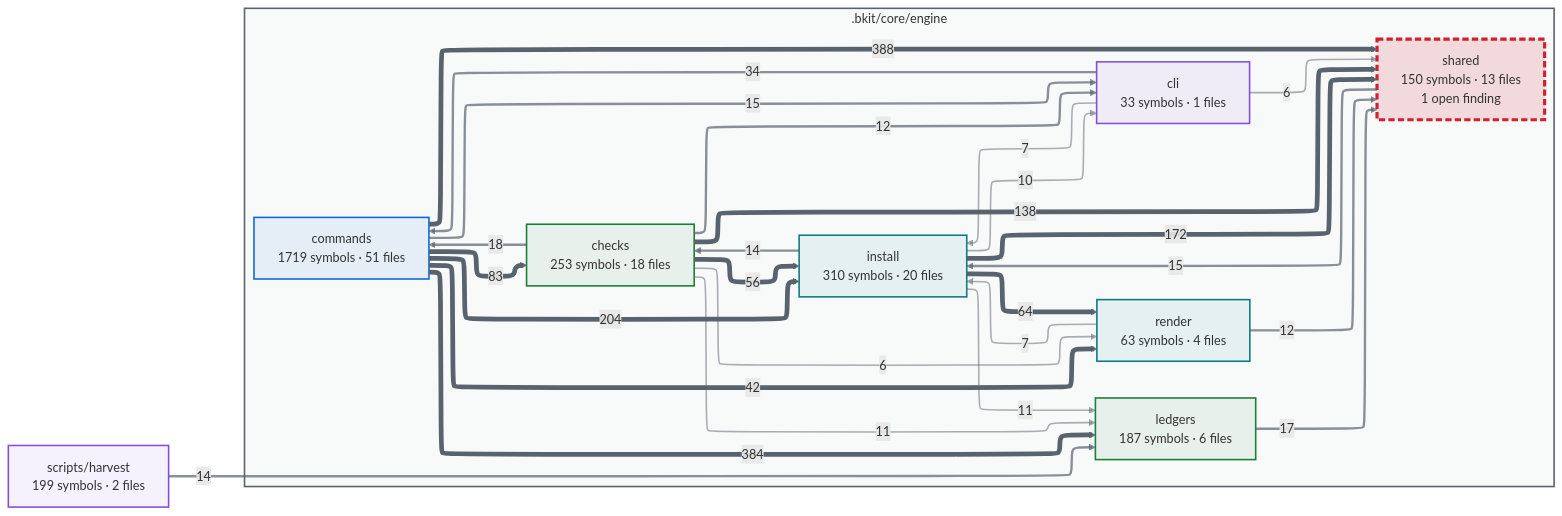
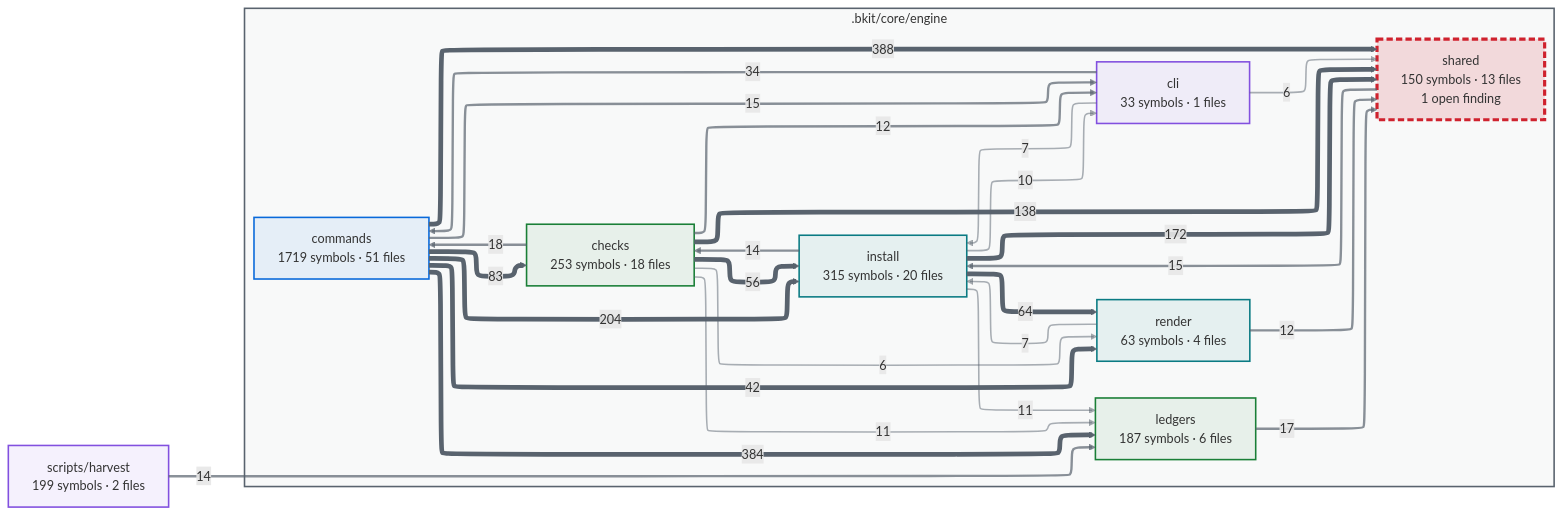
Before and after one commit to cbartens/bkit: the first of 2 diagrams in docs/capabilities.md, drawn with Mermaid. The commit also changed other lines of this file and 10 other files, not shown here.

````diff
--- a/docs/capabilities.md
+++ b/docs/capabilities.md
@@ -154,80 +154,80 @@
 ```mermaid
 ---
 config:
   layout: elk
   themeCSS: "marker { overflow: visible; } marker path { transform: scale(1.8); transform-origin: 5px 5px; }"
   flowchart:
     useMaxWidth: false
 ---
 flowchart LR
   %% Generated by bkit-graphify-rollup.py — do not edit
   subgraph gn_bkit_core_engine[".bkit/core/engine"]
     n_bkit_core_engine_checks["checks<br/>253 symbols · 18 files"]
     n_bkit_core_engine_cli["cli<br/>33 symbols · 1 files"]
     n_bkit_core_engine_commands["commands<br/>1719 symbols · 51 files"]
-    n_bkit_core_engine_install["install<br/>310 symbols · 20 files"]
+    n_bkit_core_engine_install["install<br/>315 symbols · 20 files"]
     n_bkit_core_engine_ledgers["ledgers<br/>187 symbols · 6 files"]
     n_bkit_core_engine_render["render<br/>63 symbols · 4 files"]
     n_bkit_core_engine_shared["shared<br/>150 symbols · 13 files<br/>1 open finding"]
   end
   nscripts_harvest["scripts/harvest<br/>199 symbols · 2 files"]
   n_bkit_core_engine_commands -->|388| n_bkit_core_engine_shared
   n_bkit_core_engine_commands -->|384| n_bkit_core_engine_ledgers
   n_bkit_core_engine_commands -->|204| n_bkit_core_engine_install
   n_bkit_core_engine_install -->|172| n_bkit_core_engine_shared
   n_bkit_core_engine_checks -->|138| n_bkit_core_engine_shared
   n_bkit_core_engine_commands -->|83| n_bkit_core_engine_checks
   n_bkit_core_engine_install -->|64| n_bkit_core_engine_render
   n_bkit_core_engine_checks -->|56| n_bkit_core_engine_install
   n_bkit_core_engine_commands -->|42| n_bkit_core_engine_render
   n_bkit_core_engine_cli -->|34| n_bkit_core_engine_commands
   n_bkit_core_engine_checks -->|18| n_bkit_core_engine_commands
   n_bkit_core_engine_ledgers -->|17| n_bkit_core_engine_shared
   n_bkit_core_engine_shared -->|15| n_bkit_core_engine_install
   n_bkit_core_engine_commands -->|15| n_bkit_core_engine_cli
   n_bkit_core_engine_install -->|14| n_bkit_core_engine_checks
   nscripts_harvest -->|14| n_bkit_core_engine_ledgers
   n_bkit_core_engine_checks -->|12| n_bkit_core_engine_cli
   n_bkit_core_engine_render -->|12| n_bkit_core_engine_shared
   n_bkit_core_engine_checks -->|11| n_bkit_core_engine_ledgers
   n_bkit_core_engine_install -->|11| n_bkit_core_engine_ledgers
   n_bkit_core_engine_install -->|10| n_bkit_core_engine_cli
   n_bkit_core_engine_cli -->|7| n_bkit_core_engine_install
   n_bkit_core_engine_render -->|7| n_bkit_core_engine_install
   n_bkit_core_engine_checks -->|6| n_bkit_core_engine_render
   n_bkit_core_engine_cli -->|6| n_bkit_core_engine_shared
   style gn_bkit_core_engine fill:#59636e0a,stroke:#59636e,stroke-width:2px
   style n_bkit_core_engine_checks stroke:#1a7f37,stroke-width:2px,fill:#1a7f3714
   style n_bkit_core_engine_cli stroke:#8250df,stroke-width:2px,fill:#8250df14
   style n_bkit_core_engine_commands stroke:#0969da,stroke-width:2px,fill:#0969da14
   style n_bkit_core_engine_install stroke:#0a7b83,stroke-width:2px,fill:#0a7b8314
   style n_bkit_core_engine_ledgers stroke:#1a7f37,stroke-width:2px,fill:#1a7f3714
   style n_bkit_core_engine_render stroke:#0a7b83,stroke-width:2px,fill:#0a7b8314
   style n_bkit_core_engine_shared stroke:#cf222e,stroke-width:4px,stroke-dasharray:8 4,fill:#cf222e26
   style nscripts_harvest stroke:#8250df,stroke-width:2px,fill:#8250df14
   linkStyle 0 stroke:#59636e,stroke-width:6px
   linkStyle 1 stroke:#59636e,stroke-width:6px
   linkStyle 2 stroke:#59636e,stroke-width:6px
   linkStyle 3 stroke:#59636e,stroke-width:6px
   linkStyle 4 stroke:#59636e,stroke-width:6px
   linkStyle 5 stroke:#59636e,stroke-width:6px
   linkStyle 6 stroke:#59636e,stroke-width:6px
   linkStyle 7 stroke:#59636e,stroke-width:6px
   linkStyle 8 stroke:#59636e,stroke-width:6px
   linkStyle 9 stroke:#59636eb3,stroke-width:3px
   linkStyle 10 stroke:#59636eb3,stroke-width:3px
   linkStyle 11 stroke:#59636eb3,stroke-width:3px
   linkStyle 12 stroke:#59636eb3,stroke-width:3px
   linkStyle 13 stroke:#59636eb3,stroke-width:3px
   linkStyle 14 stroke:#59636eb3,stroke-width:3px
   linkStyle 15 stroke:#59636eb3,stroke-width:3px
   linkStyle 16 stroke:#59636eb3,stroke-width:3px
   linkStyle 17 stroke:#59636eb3,stroke-width:3px
   linkStyle 18 stroke:#59636e80,stroke-width:2px
   linkStyle 19 stroke:#59636e80,stroke-width:2px
   linkStyle 20 stroke:#59636e80,stroke-width:2px
   linkStyle 21 stroke:#59636e80,stroke-width:2px
   linkStyle 22 stroke:#59636e80,stroke-width:2px
   linkStyle 23 stroke:#59636e80,stroke-width:2px
   linkStyle 24 stroke:#59636e80,stroke-width:2px
 ```
````
